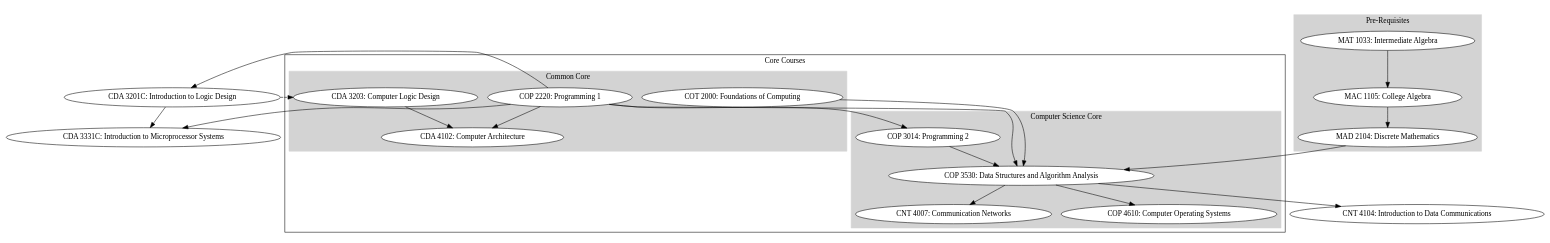
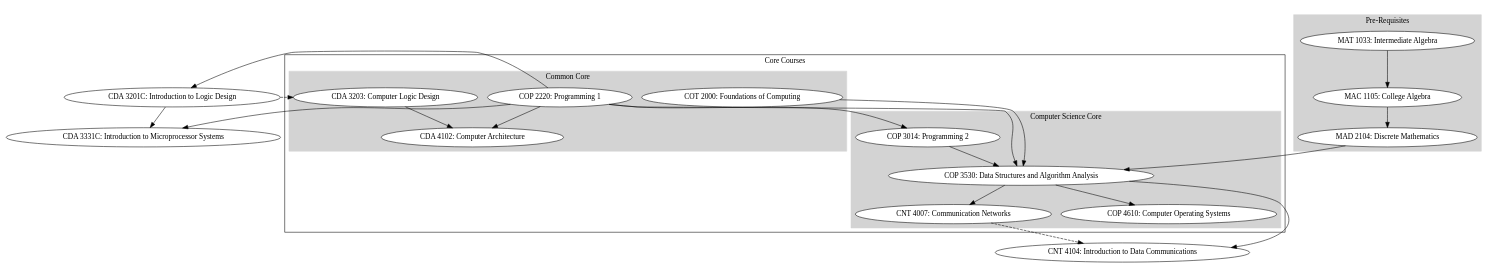
The diagram in education/course-sequences/fau-bscpe-non-degree.gv (jdrowne/monorepo), drawn with Graphviz before and after one commit.

Commit message:
Adding recommended pre-requisite

```diff
--- a/education/course-sequences/fau-bscpe-non-degree.gv
+++ b/education/course-sequences/fau-bscpe-non-degree.gv
@@ -1,169 +1,171 @@
 digraph G {
     CDA_3201C [
         fillcolor = white,
         label = "CDA 3201C: Introduction to Logic Design",
         style = filled
     ]
 
     CDA_3203 [
         fillcolor = white,
         label = "CDA 3203: Computer Logic Design",
         style = filled
     ]
     
     CDA_3331C [
         fillcolor = white,
         label = "CDA 3331C: Introduction to Microprocessor Systems",
         style = filled
     ]
     
     CDA_4102 [
         fillcolor = white,
         label = "CDA 4102: Computer Architecture",
         style = filled
     ]
     
     CNT_4007 [
         fillcolor = white,
         label = "CNT 4007: Communication Networks",
         style = filled
     ]
     
     CNT_4104 [
         fillcolor = white,
         label = "CNT 4104: Introduction to Data Communications",
         style = filled
     ]
     
     COP_2220 [
         fillcolor = white,
         label = "COP 2220: Programming 1",
         style = filled
     ]
     
     COP_3014 [
         fillcolor = white,
         label = "COP 3014: Programming 2",
         style = filled
     ]
     
     COP_3530 [
         fillcolor = white,
         label = "COP 3530: Data Structures and Algorithm Analysis",
         style = filled
     ]
     
     COP_4610 [
         fillcolor = white,
         label = "COP 4610: Computer Operating Systems",
         style = filled
     ]
     
     COT_2000 [
         fillcolor = white,
         label = "COT 2000: Foundations of Computing ",
         style = filled
     ]
 
     MAC_1105 [
         fillcolor = white,
         label = "MAC 1105: College Algebra",
         style = filled
     ]
     
     MAD_2104 [
         fillcolor = white,
         label = "MAD 2104: Discrete Mathematics",
         style = filled
     ]
 
     MAT_1033 [
         fillcolor = white,
         label = "MAT 1033: Intermediate Algebra",
         style = filled
     ]
 
     subgraph cluster_0 {
         color = invis
 
         subgraph cluster_0 {
             color = lightgrey
             label = "Pre-Requisites"
             style = filled
             
             node [
                 color = white,
                 style = filled
             ]
 
             MAC_1105  -> MAD_2104
 
             MAT_1033  -> MAC_1105
         }
     }
 
     subgraph cluster_1 {
         label = "Core Courses"
         
         subgraph cluster_0 {
             color = lightgrey
             label = "Common Core"
             style = filled
 
             node [
                 color = white,
                 style = filled
             ]
 
             COT_2000
 
             CDA_3203  -> CDA_4102
             
             COP_2220  -> CDA_4102
         }
 
         subgraph cluster_1 {
             color = lightgrey
             label = "Computer Science Core"
             style = filled
 
             node [
                 color = white,
                 style = filled
             ]
 
             COP_3530  -> CNT_4007
             COP_3530  -> COP_4610
 
             COP_3014
             
             COP_4610
 
             MAD_2104  -> COP_3530
         }
 
         subgraph cluster_2 {
             color = lightgrey
             label = "Computer Engineering Core"
             style = filled
 
             node [
                 color = white,
                 style = filled
             ]
         }
 
         COP_2220  -> COP_3014
         COP_2220  -> COP_3530
         COP_3014  -> COP_3530
 
         COT_2000  -> COP_3530
     }
     
     CDA_3201C -> CDA_3203 [style = "dashed"]
     CDA_3201C -> CDA_3331C
 
+    CNT_4007  -> CNT_4104 [style = "dashed"]
+
     COP_2220  -> CDA_3201C
     COP_2220  -> CDA_3331C
     COP_3530  -> CNT_4104
 }
```
